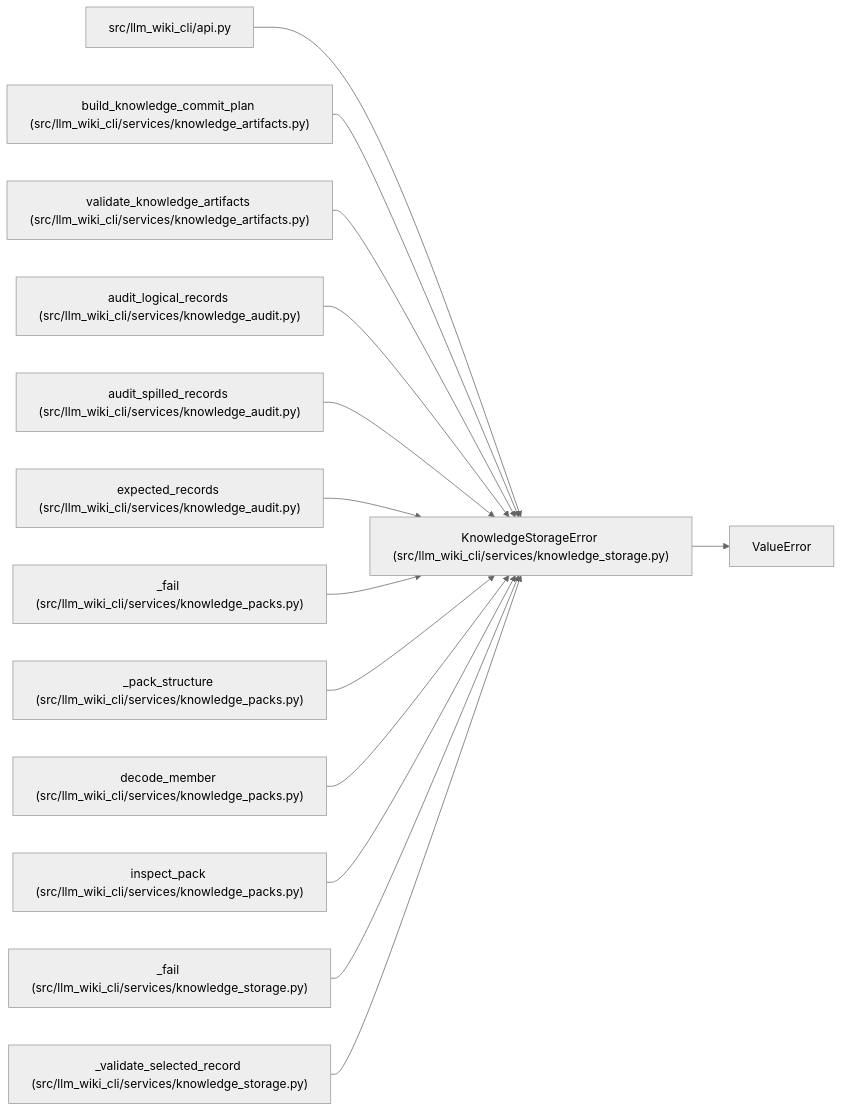
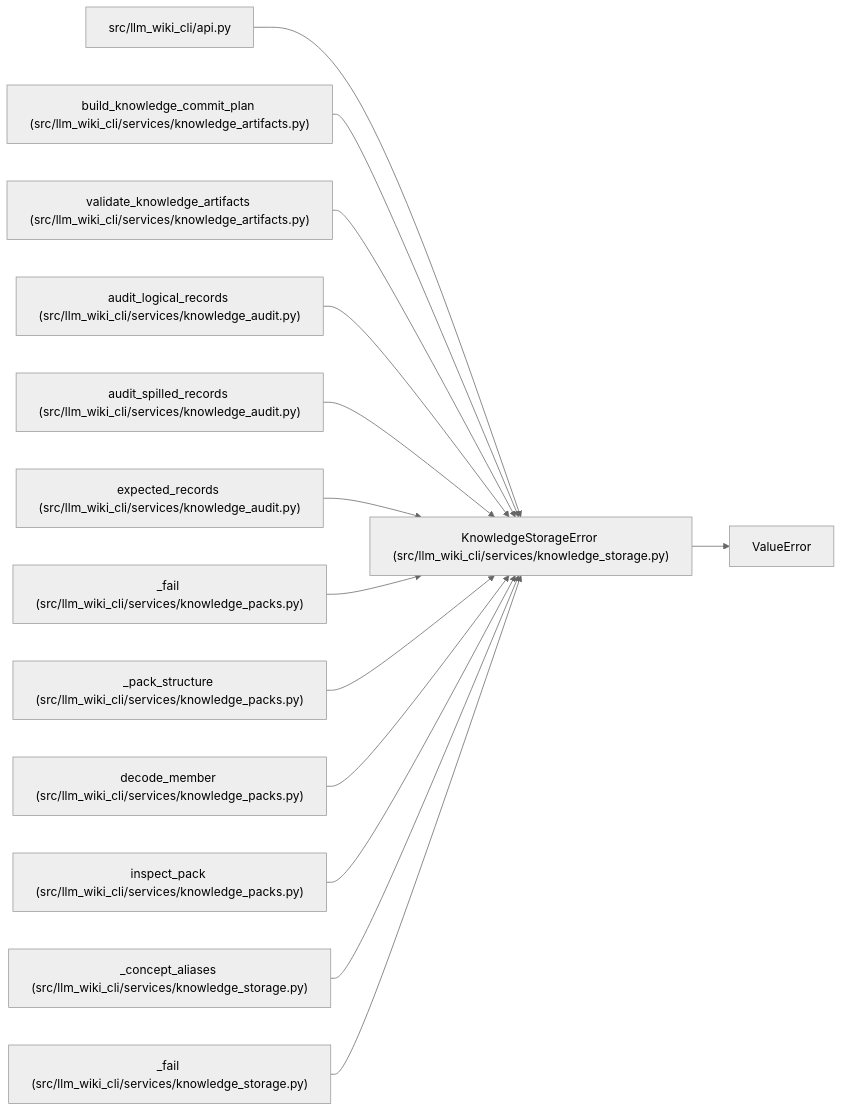
One commit to Denissvgn/python-wiki-llm changed the diagram in docs/llm_wiki/entities/KnowledgeStorageError.md. Above: the diagram before and after it, drawn with Mermaid (neutral theme). The commit also changed other lines of this file and 450 other files, not shown here.

````diff
--- a/docs/llm_wiki/entities/KnowledgeStorageError.md
+++ b/docs/llm_wiki/entities/KnowledgeStorageError.md
@@ -25,43 +25,43 @@
 ```mermaid
 flowchart LR
     n0["KnowledgeStorageError (src/llm_wiki_cli/services/knowledge_storage.py)"]
     n1["ValueError"]
     n2["src/llm_wiki_cli/api.py"]
     n3["build_knowledge_commit_plan (src/llm_wiki_cli/services/knowledge_artifacts.py)"]
     n4["validate_knowledge_artifacts (src/llm_wiki_cli/services/knowledge_artifacts.py)"]
     n5["audit_logical_records (src/llm_wiki_cli/services/knowledge_audit.py)"]
     n6["audit_spilled_records (src/llm_wiki_cli/services/knowledge_audit.py)"]
     n7["expected_records (src/llm_wiki_cli/services/knowledge_audit.py)"]
     n8["_fail (src/llm_wiki_cli/services/knowledge_packs.py)"]
     n9["_pack_structure (src/llm_wiki_cli/services/knowledge_packs.py)"]
     n10["decode_member (src/llm_wiki_cli/services/knowledge_packs.py)"]
     n11["inspect_pack (src/llm_wiki_cli/services/knowledge_packs.py)"]
-    n12["_fail (src/llm_wiki_cli/services/knowledge_storage.py)"]
-    n13["_validate_selected_record (src/llm_wiki_cli/services/knowledge_storage.py)"]
+    n12["_concept_aliases (src/llm_wiki_cli/services/knowledge_storage.py)"]
+    n13["_fail (src/llm_wiki_cli/services/knowledge_storage.py)"]
     n0 --> n1
     n2 --> n0
     n3 --> n0
     n4 --> n0
     n5 --> n0
     n6 --> n0
     n7 --> n0
     n8 --> n0
     n9 --> n0
     n10 --> n0
     n11 --> n0
     n12 --> n0
     n13 --> n0
     click n0 "../modules/knowledge_storage.md"
     click n2 "../modules/api.md"
     click n3 "../modules/knowledge_artifacts.md"
     click n4 "../modules/knowledge_artifacts.md"
     click n5 "../modules/knowledge_audit.md"
     click n6 "../modules/knowledge_audit.md"
     click n7 "../modules/knowledge_audit.md"
     click n8 "../modules/knowledge_packs.md"
     click n9 "../modules/knowledge_packs.md"
     click n10 "../modules/knowledge_packs.md"
     click n11 "../modules/knowledge_packs.md"
     click n12 "../modules/knowledge_storage.md"
     click n13 "../modules/knowledge_storage.md"
 ```
````
